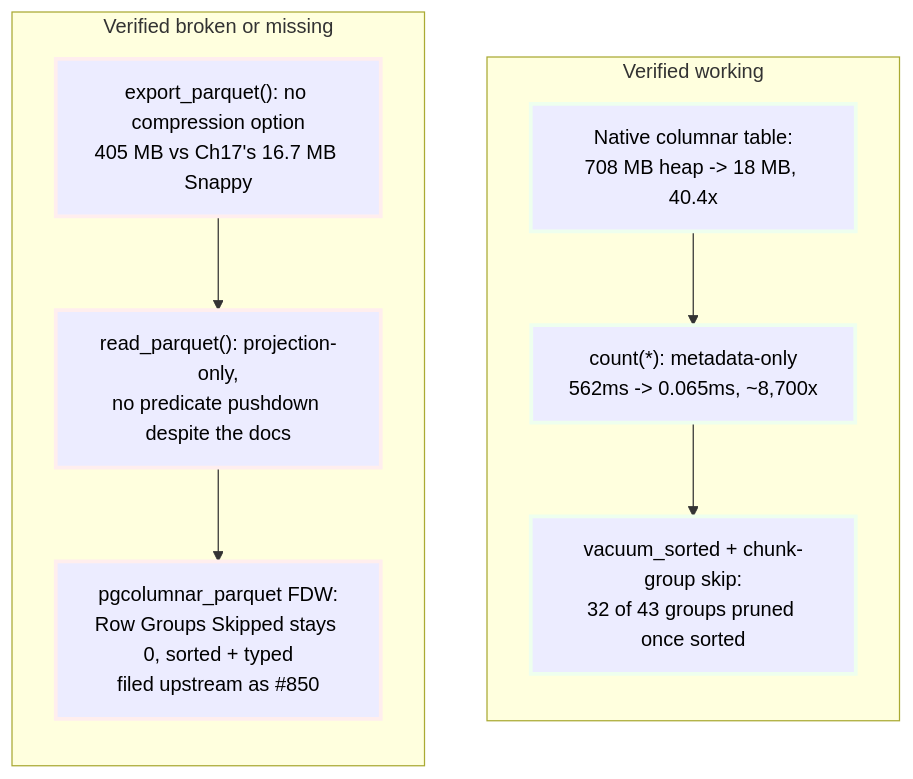
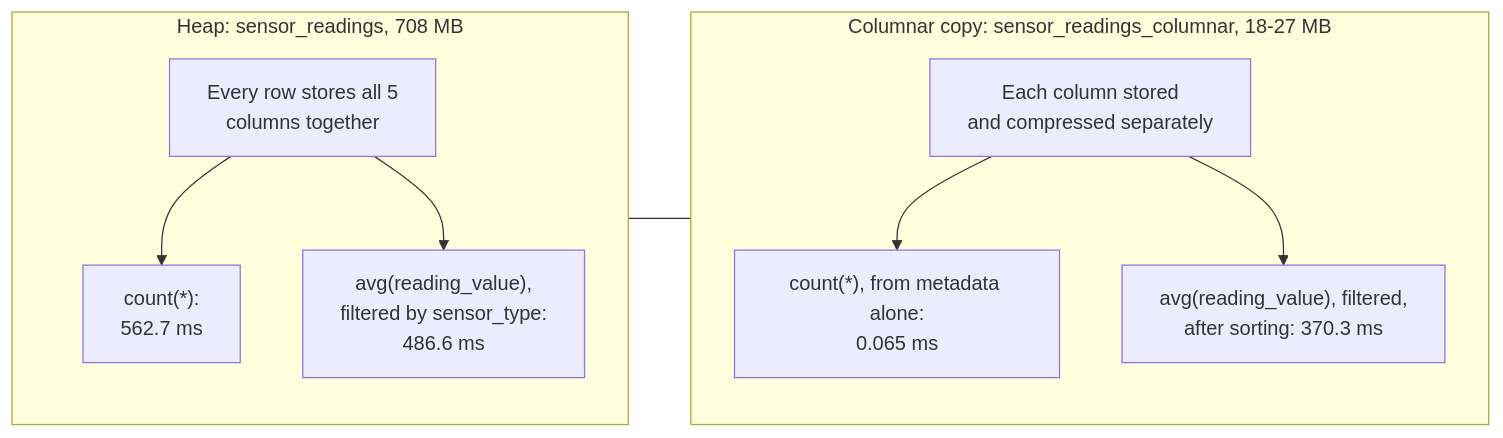
The diagram in diagrams/ch24_pgcolumnar_findings.mmd (chrislee35/postgresql-beyond-relational-lab-book), drawn with Mermaid before and after one commit. The commit also changed 13 other files, not shown here.

```diff
--- a/diagrams/ch24_pgcolumnar_findings.mmd
+++ b/diagrams/ch24_pgcolumnar_findings.mmd
@@ -1,21 +1,20 @@
-graph TB
-    subgraph WORKING["Verified working"]
+graph LR
+    subgraph HEAP["Heap: sensor_readings, 708 MB"]
         direction TB
-        W1["Native columnar table:<br/>708 MB heap -&gt; 18 MB, 40.4x"]
-        W2["count(*): metadata-only<br/>562ms -&gt; 0.065ms, ~8,700x"]
-        W3["vacuum_sorted + chunk-group skip:<br/>32 of 43 groups pruned once sorted"]
-        W1 --> W2 --> W3
+        H1["Every row stores all 5<br/>columns together"]
+        H2["count(*):<br/>562.7 ms"]
+        H3["avg(reading_value),<br/>filtered by sensor_type:<br/>486.6 ms"]
+        H1 --> H2
+        H1 --> H3
     end
 
-    subgraph BROKEN["Verified broken or missing"]
+    subgraph COLUMNAR["Columnar copy: sensor_readings_columnar, 18-27 MB"]
         direction TB
-        B1["export_parquet(): no compression option<br/>405 MB vs Ch17's 16.7 MB Snappy"]
-        B2["read_parquet(): projection-only,<br/>no predicate pushdown despite the docs"]
-        B3["pgcolumnar_parquet FDW:<br/>Row Groups Skipped stays 0, sorted + typed<br/>filed upstream as #850"]
-        B1 --> B2 --> B3
+        C1["Each column stored<br/>and compressed separately"]
+        C2["count(*), from metadata alone:<br/>0.065 ms"]
+        C3["avg(reading_value), filtered,<br/>after sorting: 370.3 ms"]
+        C1 --> C2
+        C1 --> C3
     end
 
-    classDef ok stroke:#efe,stroke-width:3px,color:#000
-    classDef bad stroke:#fee,stroke-width:3px,color:#000
-    class W1,W2,W3 ok
-    class B1,B2,B3 bad
+    HEAP --- COLUMNAR
```
